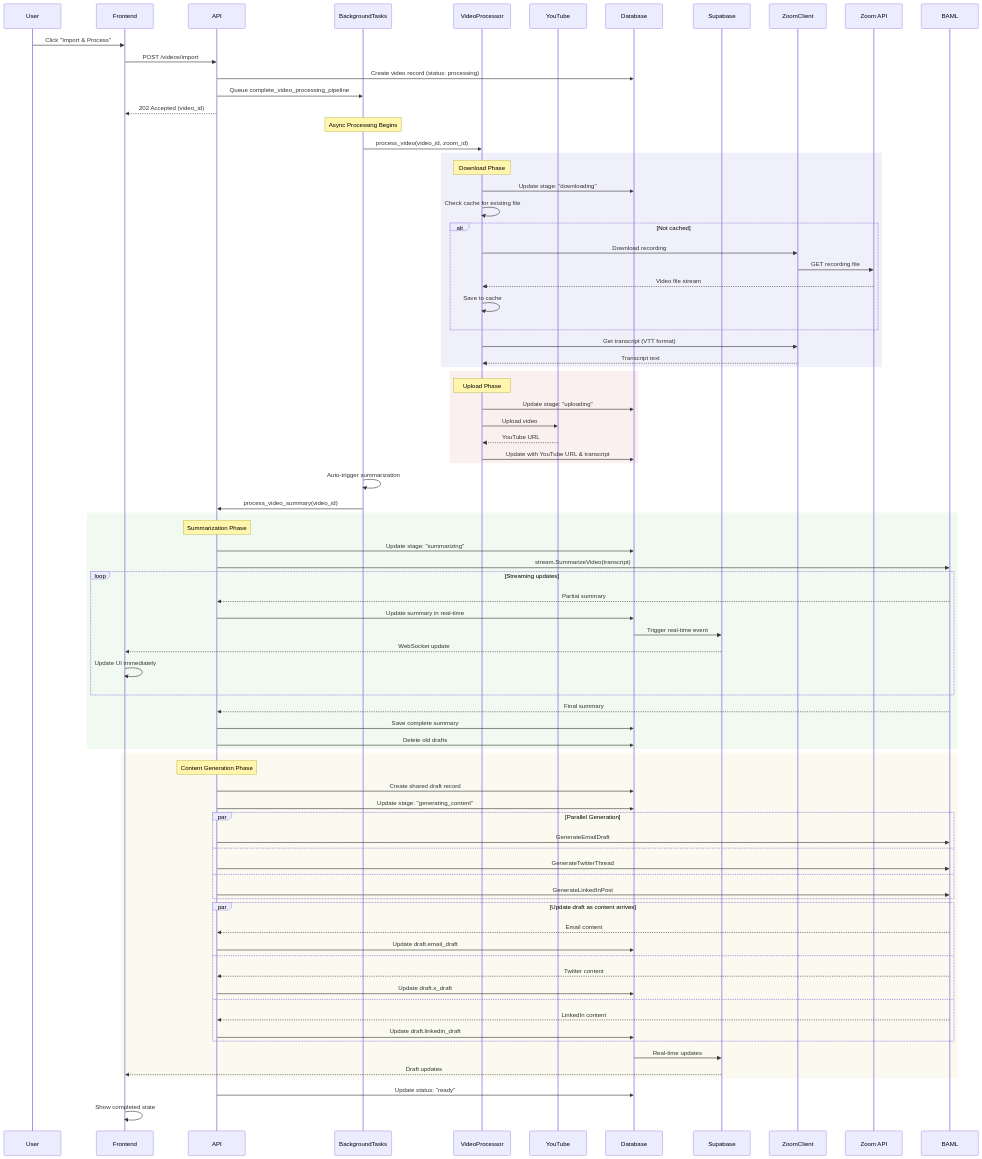
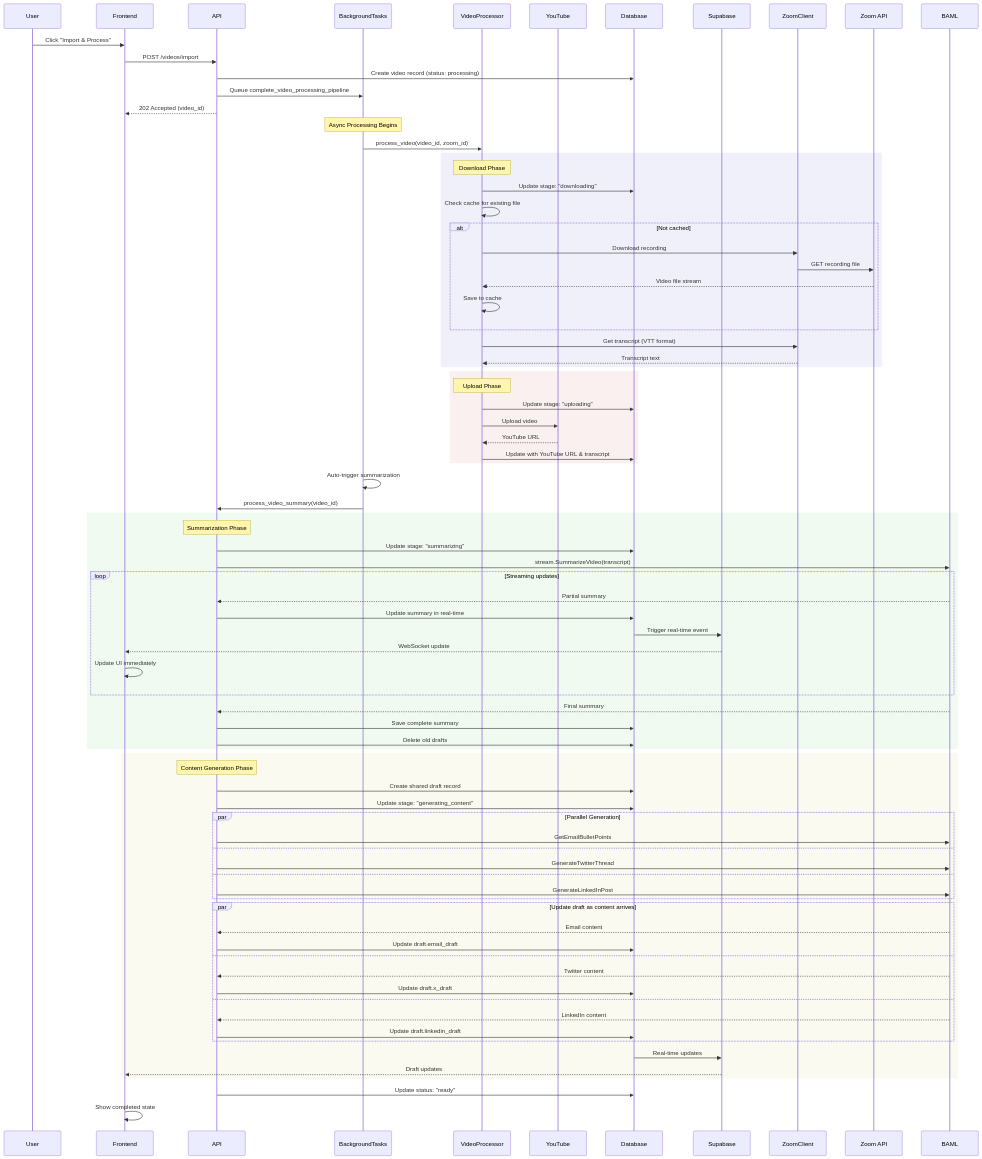
The second of 5 diagrams in 2025-07-01-ai-content-pipeline-2/architecture.md (ai-that-works/ai-that-works), drawn with Mermaid before and after one commit. The commit also changed other lines of this file and 10 other files, not shown here.

```diff
--- a/2025-07-01-ai-content-pipeline-2/architecture.md
+++ b/2025-07-01-ai-content-pipeline-2/architecture.md
@@ -140,7 +140,7 @@
         API->>Database: Update stage: "generating_content"
 
         par Parallel Generation
-            API->>BAML: GenerateEmailDraft
+            API->>BAML: GetEmailBulletPoints
             and
             API->>BAML: GenerateTwitterThread
             and
```
